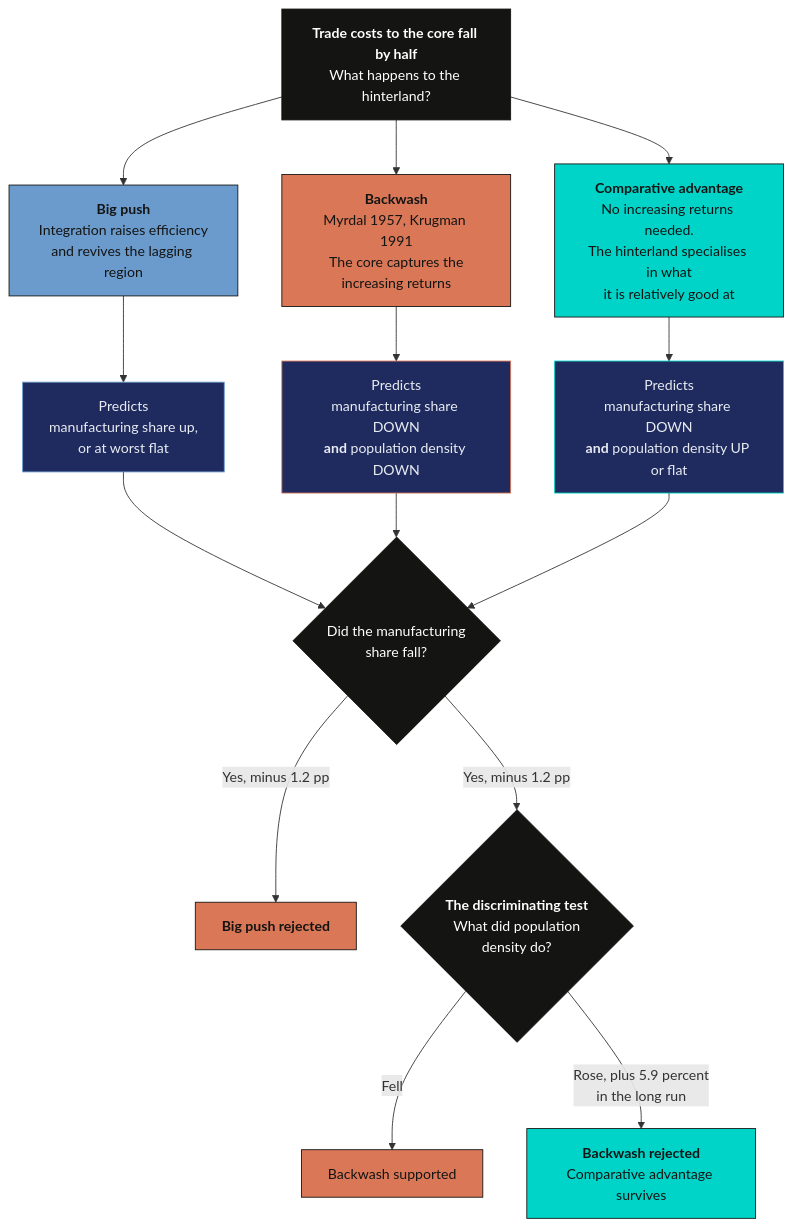
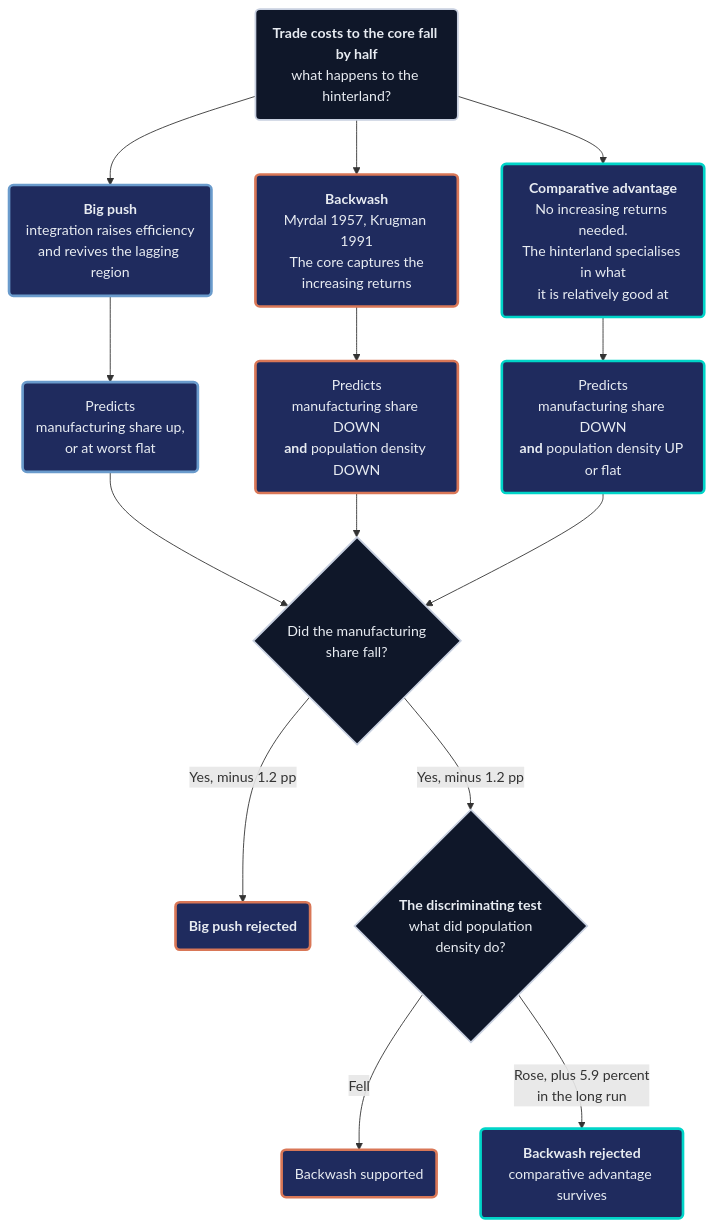
The third of 5 diagrams in content/post/python_bridge_impact/index.md (cmg777/starter-academic-v501), drawn with Mermaid before and after one commit. The commit also changed other lines of this file and 16 other files, not shown here.

First line of the commit message:
content(mermaid): restyle flowcharts in Python posts, batch 1 of 2

````diff
--- a/content/post/python_bridge_impact/index.md
+++ b/content/post/python_bridge_impact/index.md
@@ -381,34 +381,32 @@
 ```mermaid
 graph TD
-    Q["<b>Trade costs to the core fall by half</b><br/>What happens to the hinterland?"]
-    Q --> T1["<b>Big push</b><br/>Integration raises efficiency<br/>and revives the lagging region"]
-    Q --> T2["<b>Backwash</b><br/>Myrdal 1957, Krugman 1991<br/>The core captures the<br/>increasing returns"]
-    Q --> T3["<b>Comparative advantage</b><br/>No increasing returns needed.<br/>The hinterland specialises in what<br/>it is relatively good at"]
+    Q("<b>Trade costs to the core fall by half</b><br/>what happens to the hinterland?")
+    Q --> T1("<b>Big push</b><br/>integration raises efficiency<br/>and revives the lagging region")
+    Q --> T2("<b>Backwash</b><br/>Myrdal 1957, Krugman 1991<br/>The core captures the<br/>increasing returns")
+    Q --> T3("<b>Comparative advantage</b><br/>No increasing returns needed.<br/>The hinterland specialises in what<br/>it is relatively good at")
 
-    T1 --> P1["Predicts<br/>manufacturing share up,<br/>or at worst flat"]
-    T2 --> P2["Predicts<br/>manufacturing share DOWN<br/><b>and</b> population density DOWN"]
-    T3 --> P3["Predicts<br/>manufacturing share DOWN<br/><b>and</b> population density UP or flat"]
+    T1 --> P1("Predicts<br/>manufacturing share up,<br/>or at worst flat")
+    T2 --> P2("Predicts<br/>manufacturing share DOWN<br/><b>and</b> population density DOWN")
+    T3 --> P3("Predicts<br/>manufacturing share DOWN<br/><b>and</b> population density UP or flat")
 
     P1 --> E1{"Did the manufacturing<br/>share fall?"}
     P2 --> E1
     P3 --> E1
-    E1 -->|"Yes, minus 1.2 pp"| OUT1["<b>Big push rejected</b>"]
-    E1 -->|"Yes, minus 1.2 pp"| E2{"<b>The discriminating test</b><br/>What did population<br/>density do?"}
-    E2 -->|"Fell"| OUT2["Backwash supported"]
-    E2 -->|"Rose, plus 5.9 percent<br/>in the long run"| OUT3["<b>Backwash rejected</b><br/>Comparative advantage survives"]
+    E1 -->|"Yes, minus 1.2 pp"| OUT1("<b>Big push rejected</b>")
+    E1 -->|"Yes, minus 1.2 pp"| E2{"<b>The discriminating test</b><br/>what did population<br/>density do?"}
+    E2 -->|"Fell"| OUT2("Backwash supported")
+    E2 -->|"Rose, plus 5.9 percent<br/>in the long run"| OUT3("<b>Backwash rejected</b><br/>comparative advantage survives")
 
-    style Q fill:#141413,stroke:#141413,color:#fff
-    style T1 fill:#6a9bcc,stroke:#141413,color:#141413
-    style T2 fill:#d97757,stroke:#141413,color:#141413
-    style T3 fill:#00d4c8,stroke:#141413,color:#141413
-    style P1 fill:#1f2b5e,stroke:#6a9bcc,color:#e8ecf2
-    style P2 fill:#1f2b5e,stroke:#d97757,color:#e8ecf2
-    style P3 fill:#1f2b5e,stroke:#00d4c8,color:#e8ecf2
-    classDef sty_E1 fill:#141413,stroke:#141413,color:#fff
+    classDef sty_E1 fill:#0f1729,stroke:#c8d0e0,stroke-width:2px,color:#e8ecf2
     class E1 sty_E1
-    classDef sty_E2 fill:#141413,stroke:#141413,color:#fff
+    classDef sty_E2 fill:#0f1729,stroke:#c8d0e0,stroke-width:2px,color:#e8ecf2
     class E2 sty_E2
-    style OUT1 fill:#d97757,stroke:#141413,color:#141413
-    style OUT2 fill:#d97757,stroke:#141413,color:#141413
-    style OUT3 fill:#00d4c8,stroke:#141413,color:#141413
+    classDef anchor fill:#0f1729,stroke:#c8d0e0,stroke-width:2px,color:#e8ecf2
+    classDef blue fill:#1f2b5e,stroke:#6a9bcc,stroke-width:3px,color:#e8ecf2
+    classDef orange fill:#1f2b5e,stroke:#d97757,stroke-width:3px,color:#e8ecf2
+    classDef teal fill:#1f2b5e,stroke:#00d4c8,stroke-width:3px,color:#e8ecf2
+    class Q anchor
+    class T1,P1 blue
+    class T2,P2,OUT1,OUT2 orange
+    class T3,P3,OUT3 teal
 ```
````
